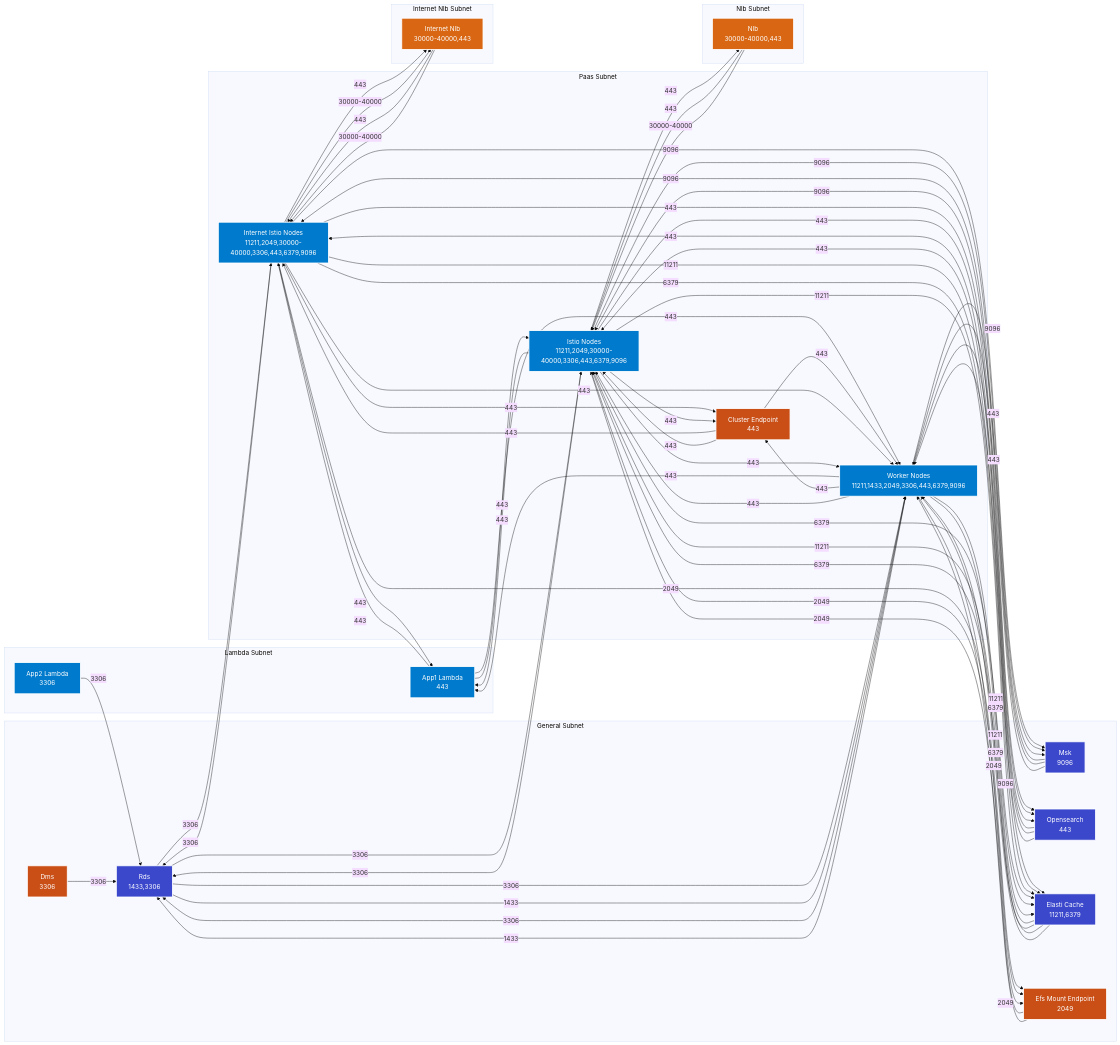
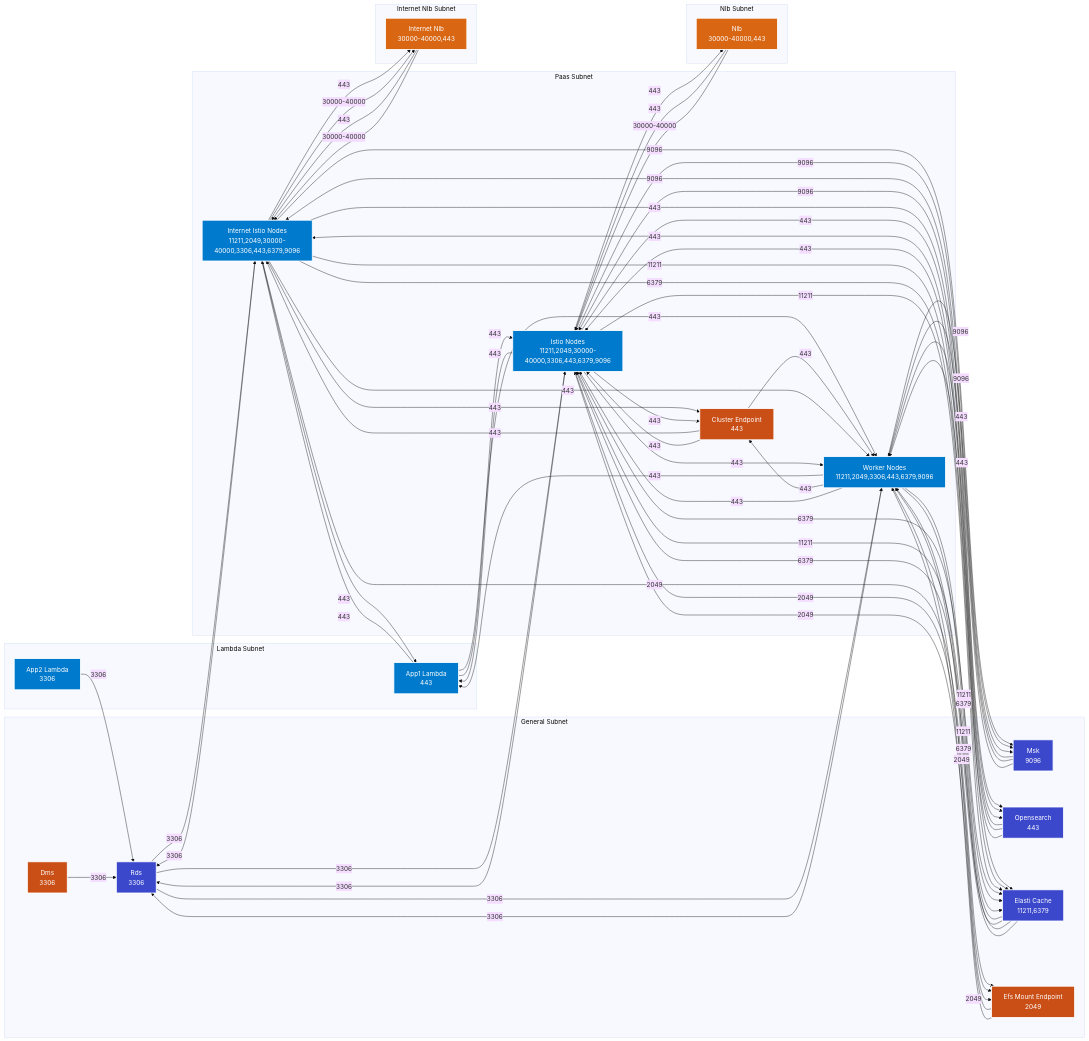
Before and after one commit to drewpypro/terraform-aws-sg-module-template: the diagram in README.MD, drawn with Mermaid (base theme). The commit also changed 3 other files, not shown here.

Commit message:
update rules and diagrams

```diff
--- a/README.MD
+++ b/README.MD
@@ -85,7 +85,7 @@
 
     %% General Subnet
     subgraph general_subnet [General Subnet]
-        rds[Rds<br>1433,3306]
+        rds[Rds<br>3306]
         msk[Msk<br>9096]
         opensearch[Opensearch<br>443]
         elasti_cache[Elasti Cache<br>11211,6379]
@@ -97,7 +97,7 @@
     subgraph paas_subnet [Paas Subnet]
         istio_nodes[Istio Nodes<br>11211,2049,30000-40000,3306,443,6379,9096]
         internet_istio_nodes[Internet Istio Nodes<br>11211,2049,30000-40000,3306,443,6379,9096]
-        worker_nodes[Worker Nodes<br>11211,1433,2049,3306,443,6379,9096]
+        worker_nodes[Worker Nodes<br>11211,2049,3306,443,6379,9096]
         cluster_endpoint[Cluster Endpoint<br>443]
     end
 
@@ -175,8 +175,6 @@
     worker_nodes --> |9096| msk
     worker_nodes --> |443| opensearch
     worker_nodes --> |3306| rds
-    worker_nodes --> |1433| rds
-    rds --> |1433| worker_nodes
 
     %% Apply styles
     class internet_nlb,nlb lb
```
